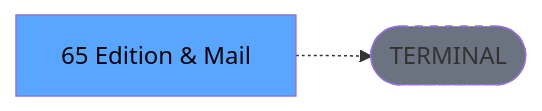
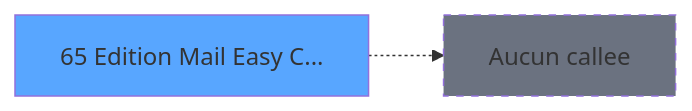
The third of 3 diagrams in .openspec/specs/ADH-IDE-65.md (thonyAGP/magic-migration), drawn with Mermaid before and after one commit. The commit also changed other lines of this file and 253 other files, not shown here.

````diff
--- a/.openspec/specs/ADH-IDE-65.md
+++ b/.openspec/specs/ADH-IDE-65.md
@@ -140,8 +321,8 @@
 ```mermaid
 graph LR
-    T[65 Edition & Mail ]
-    TERM([TERMINAL])
-    T -.-> TERM
-    style TERM fill:#6b7280,stroke-dasharray: 5 5
-    style T fill:#58a6ff,color:#000
+    T65[65 Edition Mail Easy C...]
+    style T65 fill:#58a6ff
+    NONE[Aucun callee]
+    T65 -.-> NONE
+    style NONE fill:#6b7280,stroke-dasharray: 5 5
 ```
````
